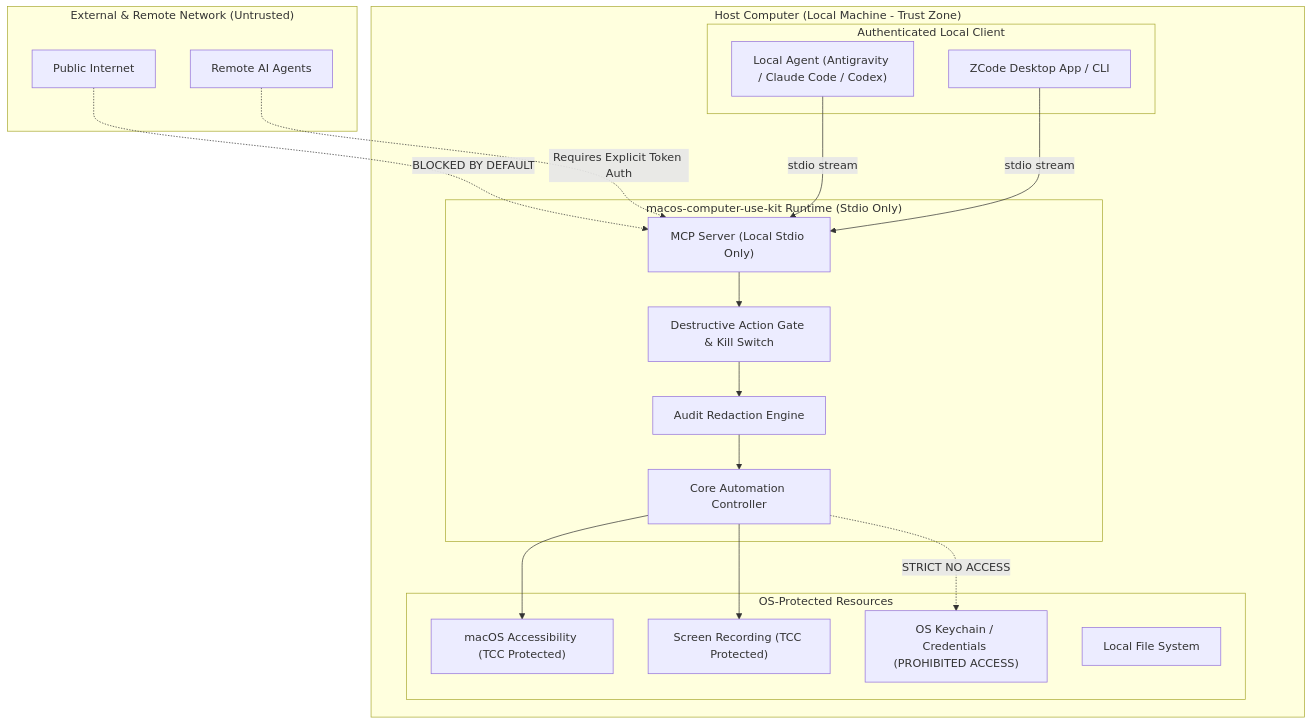
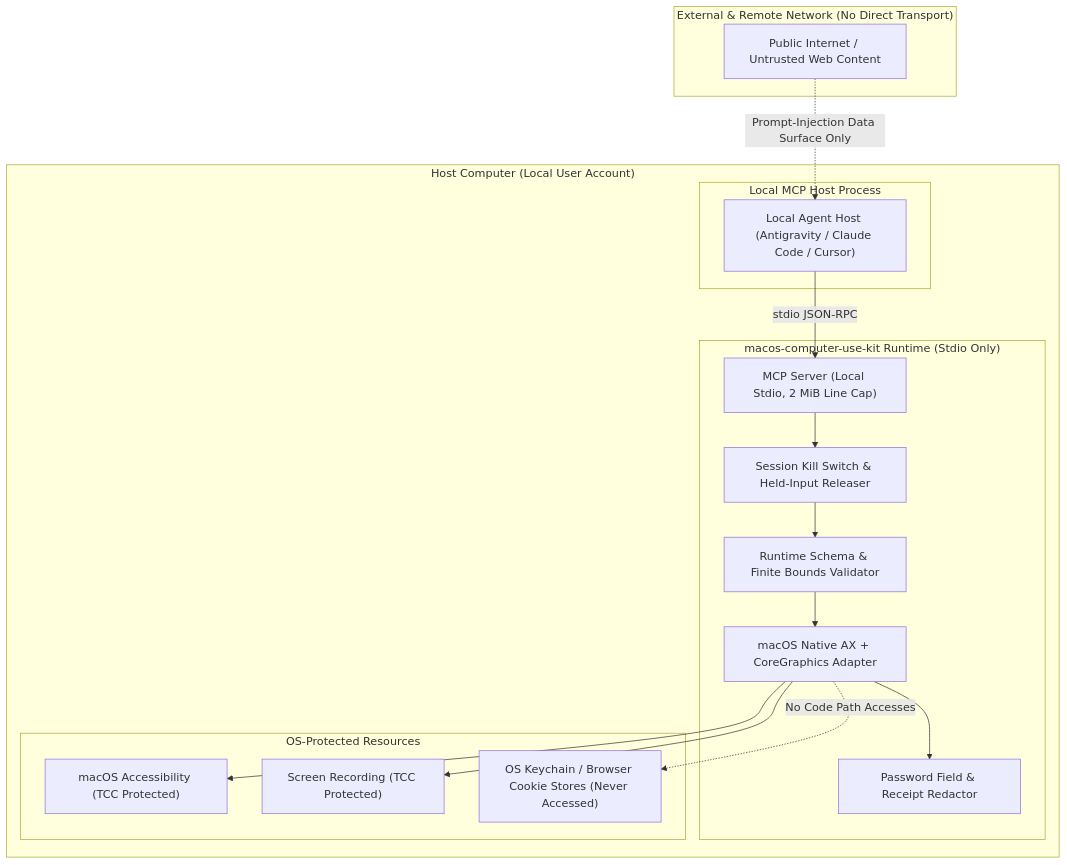
The diagram in docs/SECURITY_MODEL.md (timexingxin/zov-computer-use), drawn with Mermaid before and after one commit. The commit also changed other lines of this file and 41 other files, not shown here.

First line of the commit message:
fix(security): harden secret redaction, timeout truth, runtime schema & native AX guards (v0.2.0)

````diff
--- a/docs/SECURITY_MODEL.md
+++ b/docs/SECURITY_MODEL.md
@@ -9,41 +9,38 @@
 ```mermaid
 flowchart TD
-    subgraph UntrustedZone["External & Remote Network (Untrusted)"]
-        Internet["Public Internet"]
-        RemoteAgents["Remote AI Agents"]
+    subgraph UntrustedZone["External & Remote Network (No Direct Transport)"]
+        Internet["Public Internet / Untrusted Web Content"]
     end
 
-    subgraph HostBoundary["Host Computer (Local Machine - Trust Zone)"]
-        subgraph LocalMCPClient["Authenticated Local Client"]
-            ZCodeHost["ZCode Desktop App / CLI"]
-            LocalAgent["Local Agent (Antigravity / Claude Code / Codex)"]
+    subgraph HostBoundary["Host Computer (Local User Account)"]
+        subgraph LocalMCPClient["Local MCP Host Process"]
+            LocalAgent["Local Agent Host (Antigravity / Claude Code / Cursor)"]
         end
 
         subgraph CUAProcess["macos-computer-use-kit Runtime (Stdio Only)"]
-            MCPEndpoint["MCP Server (Local Stdio Only)"]
-            AuditLog["Audit Redaction Engine"]
-            SafetyLatch["Destructive Action Gate & Kill Switch"]
-            CoreEngine["Core Automation Controller"]
+            MCPEndpoint["MCP Server (Local Stdio, 2 MiB Line Cap)"]
+            SchemaGate["Runtime Schema & Finite Bounds Validator"]
+            Redactor["Password Field & Receipt Redactor"]
+            SafetyLatch["Session Kill Switch & Held-Input Releaser"]
+            CoreEngine["macOS Native AX + CoreGraphics Adapter"]
         end
 
         subgraph OSProtectedLayer["OS-Protected Resources"]
             AXAPIs["macOS Accessibility (TCC Protected)"]
             ScreenRecording["Screen Recording (TCC Protected)"]
-            Keychain["OS Keychain / Credentials (PROHIBITED ACCESS)"]
-            UserFiles["Local File System"]
+            Keychain["OS Keychain / Browser Cookie Stores (Never Accessed)"]
         end
     end
 
-    Internet -.->|BLOCKED BY DEFAULT| MCPEndpoint
-    RemoteAgents -.->|Requires Explicit Token Auth| MCPEndpoint
-    LocalAgent -->|stdio stream| MCPEndpoint
-    ZCodeHost -->|stdio stream| MCPEndpoint
+    Internet -.->|Prompt-Injection Data Surface Only| LocalAgent
+    LocalAgent -->|stdio JSON-RPC| MCPEndpoint
 
     MCPEndpoint --> SafetyLatch
-    SafetyLatch --> AuditLog
-    AuditLog --> CoreEngine
+    SafetyLatch --> SchemaGate
+    SchemaGate --> CoreEngine
+    CoreEngine --> Redactor
 
     CoreEngine --> AXAPIs
     CoreEngine --> ScreenRecording
-    CoreEngine -.->|STRICT NO ACCESS| Keychain
+    CoreEngine -.->|No Code Path Accesses| Keychain
 ```
````
